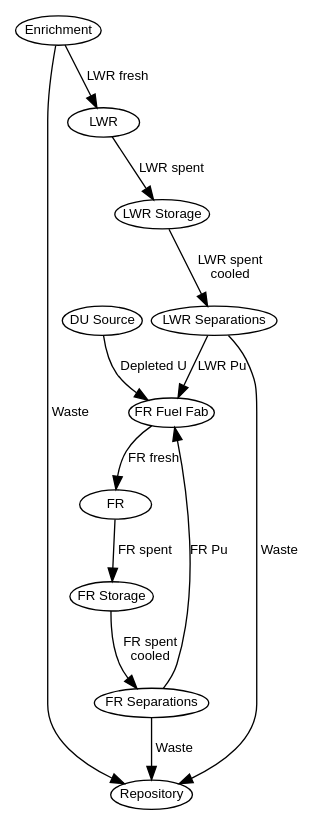
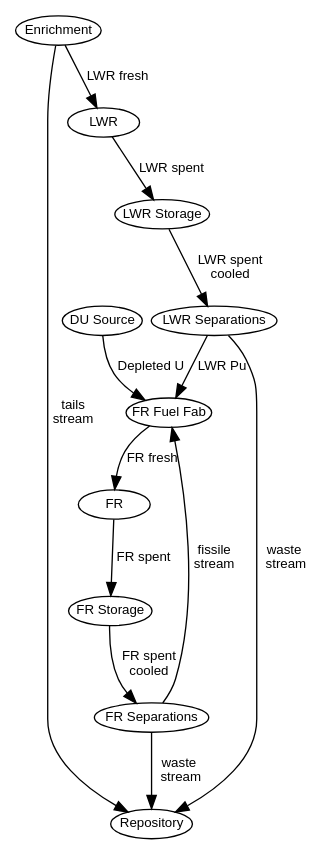
Before and after one commit to rwcarlsen/fleetpaper: the diagram in exp2/flow.dot, drawn with Graphviz. The commit also changed 3 other files, not shown here.

```diff
--- a/exp2/flow.dot
+++ b/exp2/flow.dot
@@ -1,21 +1,21 @@
 digraph ResourceFlows {
     overlap = false;
     nodesep=0.1;
     node [fontname="Helvetica", fontsize=10, margin="0.00,0.00", height=.3];
     edge [fontname="Helvetica", fontsize=10];
 	
 
     "DU Source" -> "FR Fuel Fab" [label="Depleted U"];
 
-    "Enrichment" -> "Repository" [label=" Waste"];
+    "Enrichment" -> "Repository" [label="tails\n stream"];
     "Enrichment" -> "LWR" [label="LWR fresh"];
     "FR" -> "FR Storage" [label=" FR spent"];
-    "FR Separations" -> "FR Fuel Fab" [label="FR Pu"];
-    "FR Separations" -> "Repository" [label=" Waste"];
+    "FR Separations" -> "FR Fuel Fab" [label="fissile\n stream"];
+    "FR Separations" -> "Repository" [label=" waste\n  stream"];
     "FR Storage" -> "FR Separations" [label="FR spent \ncooled"];
     "FR Fuel Fab" -> "FR" [label="FR fresh"];
     "LWR" -> "LWR Storage" [label="LWR spent"];
     "LWR Separations" -> "FR Fuel Fab" [label="LWR Pu "];
-    "LWR Separations" -> "Repository" [label=" Waste"];
+    "LWR Separations" -> "Repository" [label=" waste\n  stream"];
     "LWR Storage" -> "LWR Separations" [label="LWR spent\ncooled"];
 }
```
